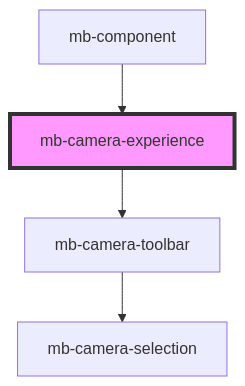
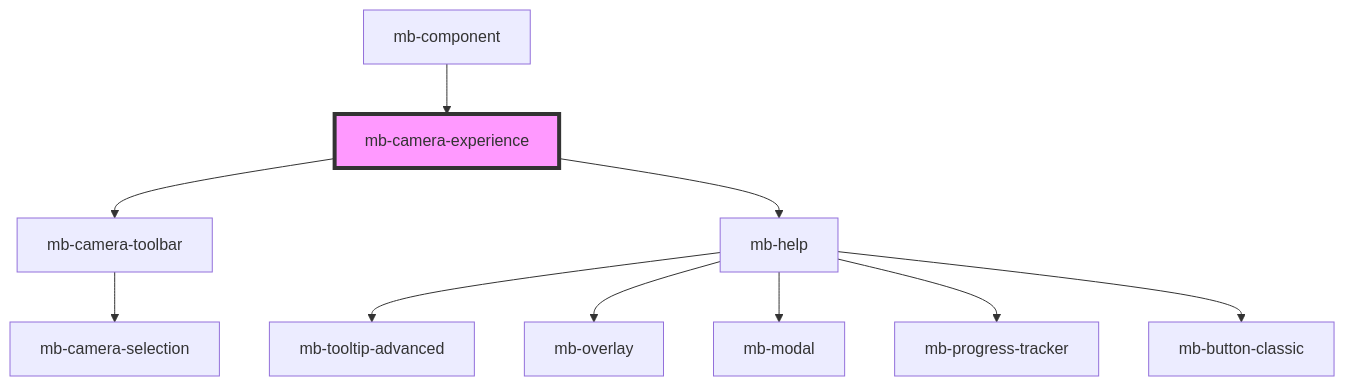
Before and after one commit to blinkcard/blinkcard-in-browser: the diagram in ui/docs/components/shared/mb-camera-experience/readme.md, drawn with Mermaid. The commit also changed other lines of this file and 86 other files, not shown here.

````diff
--- a/ui/docs/components/shared/mb-camera-experience/readme.md
+++ b/ui/docs/components/shared/mb-camera-experience/readme.md
@@ -97,7 +133,13 @@
 ```mermaid
 graph TD;
   mb-camera-experience --> mb-camera-toolbar
+  mb-camera-experience --> mb-help
   mb-camera-toolbar --> mb-camera-selection
+  mb-help --> mb-tooltip-advanced
+  mb-help --> mb-overlay
+  mb-help --> mb-modal
+  mb-help --> mb-progress-tracker
+  mb-help --> mb-button-classic
   mb-component --> mb-camera-experience
   style mb-camera-experience fill:#f9f,stroke:#333,stroke-width:4px
 ```
````
